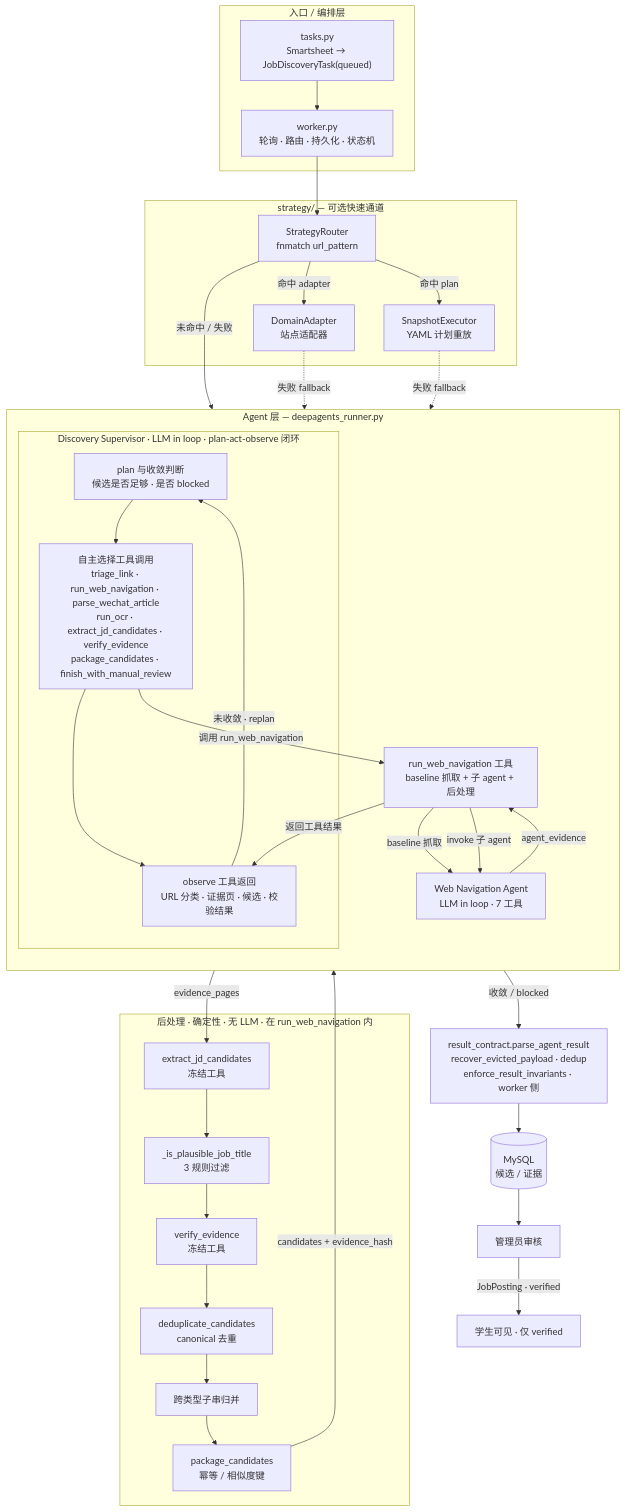
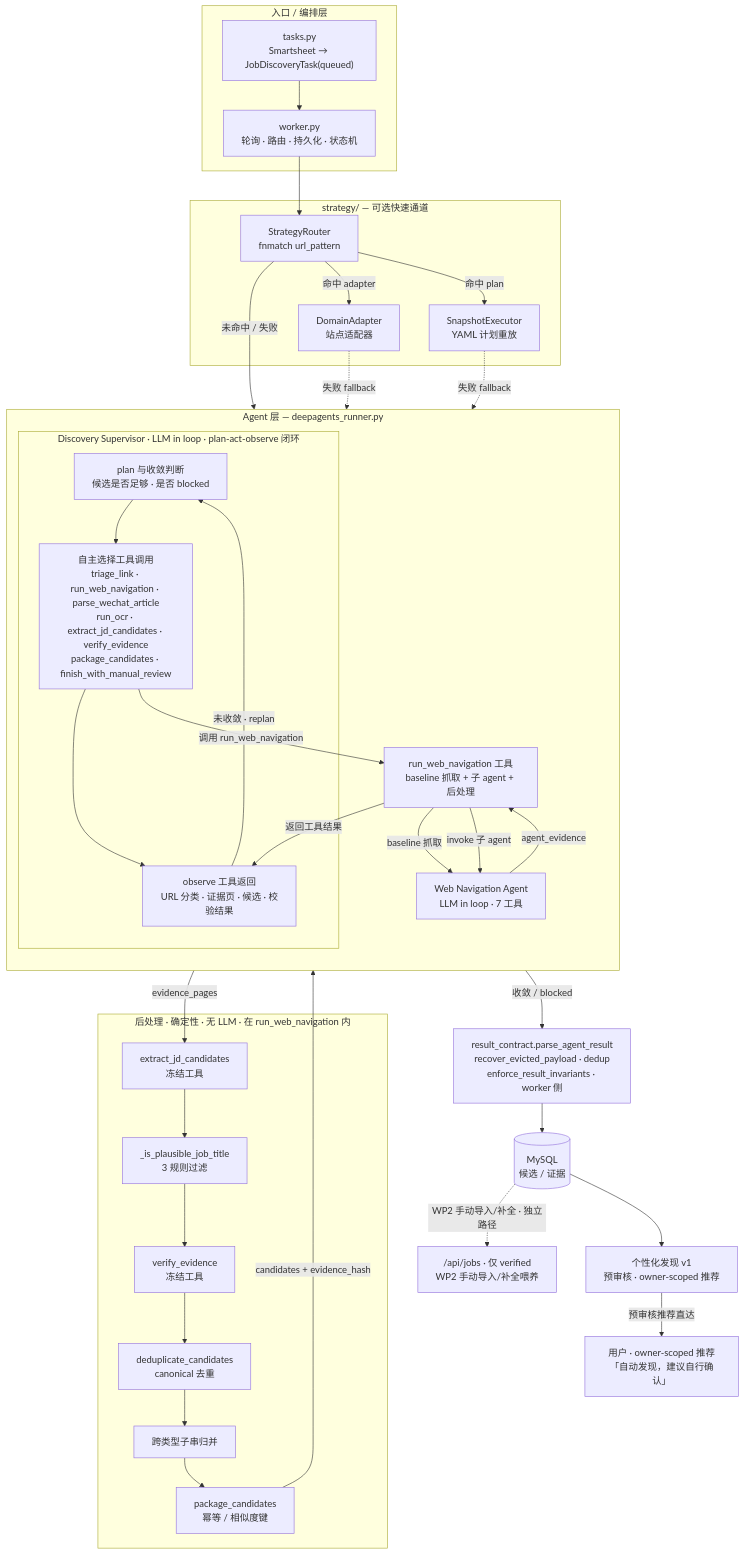
Before and after one commit to grefeer/pev-career-assistant: the first of 4 diagrams in backend/app/services/job_discovery/ARCHITECTURE.zh-CN.md, drawn with Mermaid. The commit also changed other lines of this file and 52 other files, not shown here.

````diff
--- a/backend/app/services/job_discovery/ARCHITECTURE.zh-CN.md
+++ b/backend/app/services/job_discovery/ARCHITECTURE.zh-CN.md
@@ -34,61 +36,63 @@
 ```mermaid
 flowchart TB
     subgraph Entry["入口 / 编排层"]
         T["tasks.py<br/>Smartsheet → JobDiscoveryTask(queued)"]
         W["worker.py<br/>轮询 · 路由 · 持久化 · 状态机"]
     end
 
     subgraph Fast["strategy/ — 可选快速通道"]
         SR["StrategyRouter<br/>fnmatch url_pattern"]
         SE["SnapshotExecutor<br/>YAML 计划重放"]
         DA["DomainAdapter<br/>站点适配器"]
     end
 
     subgraph Agent["Agent 层 — deepagents_runner.py"]
         direction TB
         subgraph SupLoop["Discovery Supervisor · LLM in loop · plan-act-observe 闭环"]
             PLAN["plan 与收敛判断<br/>候选是否足够 · 是否 blocked"]
             ACT["自主选择工具调用<br/>triage_link · run_web_navigation · parse_wechat_article<br/>run_ocr · extract_jd_candidates · verify_evidence<br/>package_candidates · finish_with_manual_review"]
             OBS["observe 工具返回<br/>URL 分类 · 证据页 · 候选 · 校验结果"]
             PLAN --> ACT
             ACT --> OBS
             OBS -->|未收敛 · replan| PLAN
         end
         RWN["run_web_navigation 工具<br/>baseline 抓取 + 子 agent + 后处理"]
         WNA["Web Navigation Agent<br/>LLM in loop · 7 工具"]
     end
 
     subgraph Post["后处理 · 确定性 · 无 LLM · 在 run_web_navigation 内"]
         EXT["extract_jd_candidates<br/>冻结工具"]
         FLT["_is_plausible_job_title<br/>3 规则过滤"]
         VER["verify_evidence<br/>冻结工具"]
         DED["deduplicate_candidates<br/>canonical 去重"]
         SUB["跨类型子串归并"]
         PKG["package_candidates<br/>幂等 / 相似度键"]
     end
 
     RES["result_contract.parse_agent_result<br/>recover_evicted_payload · dedup<br/>enforce_result_invariants · worker 侧"]
     DB[("MySQL<br/>候选 / 证据")]
-    Admin["管理员审核"]
-    Student["学生可见 · 仅 verified"]
+    PD["个性化发现 v1<br/>预审核 · owner-scoped 推荐"]
+    User["用户 · owner-scoped 推荐<br/>「自动发现，建议自行确认」"]
+    JobCenter["/api/jobs · 仅 verified<br/>WP2 手动导入/补全喂养"]
 
     T --> W
     W --> SR
     SR -->|命中 adapter| DA
     SR -->|命中 plan| SE
     SR -->|未命中 / 失败| PLAN
     DA -.->|失败 fallback| PLAN
     SE -.->|失败 fallback| PLAN
     ACT -->|调用 run_web_navigation| RWN
     RWN -->|baseline 抓取| WNA
     RWN -->|invoke 子 agent| WNA
     WNA -->|agent_evidence| RWN
     RWN -->|evidence_pages| EXT
     EXT --> FLT --> VER --> DED --> SUB --> PKG
     PKG -->|candidates + evidence_hash| RWN
     RWN -->|返回工具结果| OBS
     PLAN -->|收敛 / blocked| RES
     RES --> DB
-    DB --> Admin
-    Admin -->|JobPosting · verified| Student
+    DB --> PD
+    PD -->|预审核推荐直达| User
+    DB -.->|WP2 手动导入/补全 · 独立路径| JobCenter
 ```
````
